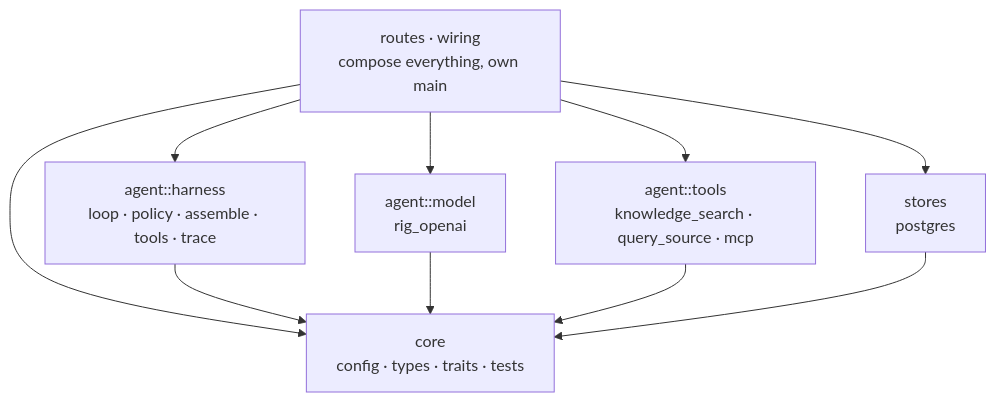
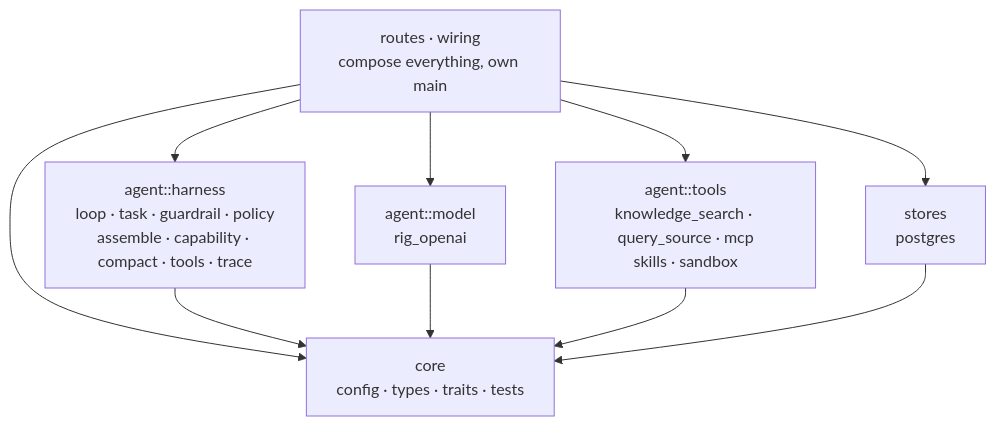
One commit to ashworks1706/SparkyAI changed the second of 9 diagrams in docs/ARCHITECTURE.md. Above: the diagram before and after it, drawn with Mermaid. The commit also changed other lines of this file and 2 other files, not shown here.

First line of the commit message:
docs: record the harness shape the diagram asks for

````diff
--- a/docs/ARCHITECTURE.md
+++ b/docs/ARCHITECTURE.md
@@ -111,19 +111,19 @@
 ```mermaid
 flowchart TD
     ROUTES["routes · wiring<br/>compose everything, own main"]
-    HARNESS["agent::harness<br/>loop · policy · assemble · tools · trace"]
+    HARNESS["agent::harness<br/>loop · task · guardrail · policy<br/>assemble · capability · compact · tools · trace"]
     MODEL["agent::model<br/>rig_openai"]
-    TOOLS["agent::tools<br/>knowledge_search · query_source · mcp"]
+    TOOLS["agent::tools<br/>knowledge_search · query_source · mcp<br/>skills · sandbox"]
     STORES["stores<br/>postgres"]
     CORE["core<br/>config · types · traits · tests"]
 
     ROUTES --> HARNESS
     ROUTES --> MODEL
     ROUTES --> TOOLS
     ROUTES --> STORES
     ROUTES --> CORE
     HARNESS --> CORE
     MODEL --> CORE
     TOOLS --> CORE
     STORES --> CORE
 ```
````
